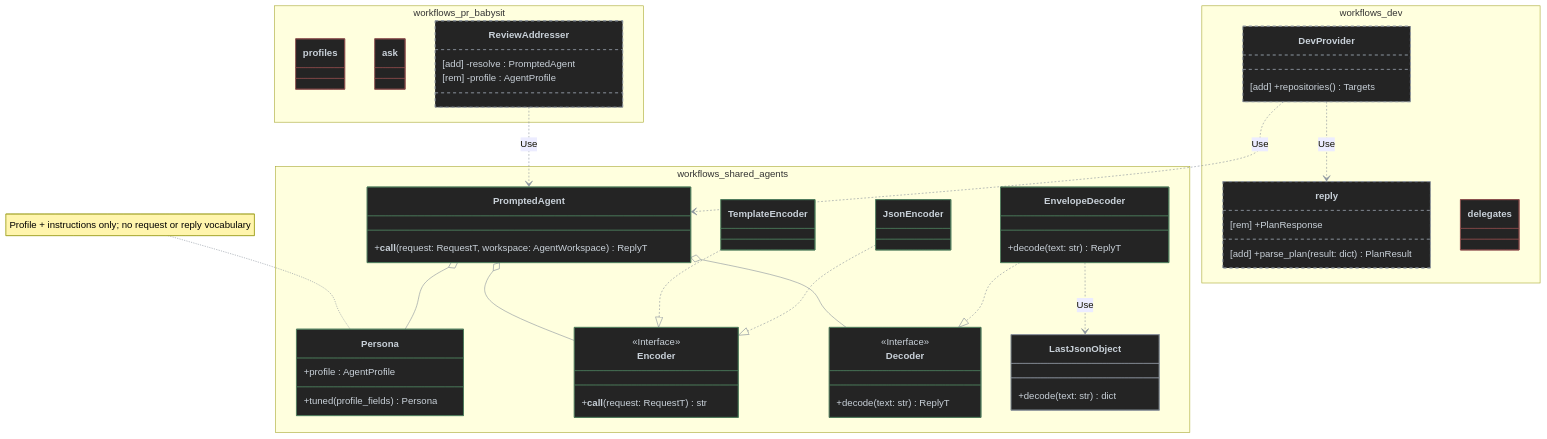
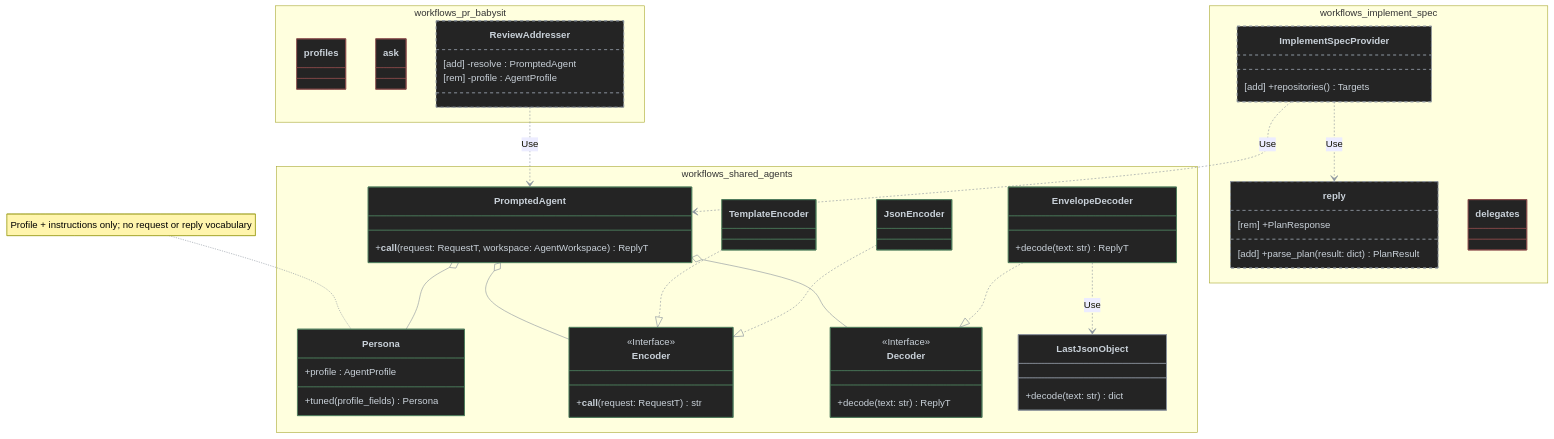
Before and after one commit to antshc/loop: the second of 5 diagrams in docs/design/cross-workflow-reusable-agents.md, drawn with Mermaid. The commit also changed other lines of this file and 121 other files, not shown here.

Commit message:
rename dev to implement spec

````diff
--- a/docs/design/cross-workflow-reusable-agents.md
+++ b/docs/design/cross-workflow-reusable-agents.md
@@ -349,80 +350,80 @@
 ```mermaid
 %%{init: {'themeVariables': {'lineColor': '#8b949e'}}}%%
 %% diagram-id: option-b-shared-agent-engine-delta
 classDiagram
     namespace workflows_shared_agents {
         class Persona {
             +profile : AgentProfile
             +tuned(profile_fields) Persona
         }
         class Encoder {
             <<Interface>>
             +__call__(request: RequestT) str
         }
         class Decoder {
             <<Interface>>
             +decode(text: str) ReplyT
         }
         class TemplateEncoder
         class JsonEncoder
         class EnvelopeDecoder {
             +decode(text: str) ReplyT
         }
         class PromptedAgent {
             +__call__(request: RequestT, workspace: AgentWorkspace) ReplyT
         }
         class LastJsonObject {
             +decode(text: str) dict
         }
     }
-    namespace workflows_dev {
-        class DevProvider {
+    namespace workflows_implement_spec {
+        class ImplementSpecProvider {
             [add] +repositories() Targets
         }
         class reply {
             [add] +parse_plan(result: dict) PlanResult
             [rem] +PlanResponse
         }
         class delegates
     }
     namespace workflows_pr_babysit {
         class profiles
         class ask
         class ReviewAddresser {
             [add] -resolve : PromptedAgent
             [rem] -profile : AgentProfile
         }
     }
 
     PromptedAgent o-- Persona
     PromptedAgent o-- Encoder
     PromptedAgent o-- Decoder
     TemplateEncoder ..|> Encoder
     JsonEncoder ..|> Encoder
     EnvelopeDecoder ..|> Decoder
     EnvelopeDecoder ..> LastJsonObject : Use
-    DevProvider ..> PromptedAgent : Use
-    DevProvider ..> reply : Use
+    ImplementSpecProvider ..> PromptedAgent : Use
+    ImplementSpecProvider ..> reply : Use
     ReviewAddresser ..> PromptedAgent : Use
 
     note for Persona "Profile + instructions only; no request or reply vocabulary"
 
     class Persona:::added
     class Encoder:::added
     class Decoder:::added
     class TemplateEncoder:::added
     class JsonEncoder:::added
     class EnvelopeDecoder:::added
     class PromptedAgent:::added
-    class DevProvider:::memberChanged
+    class ImplementSpecProvider:::memberChanged
     class reply:::memberChanged
     class ReviewAddresser:::memberChanged
     class delegates:::removed
     class profiles:::removed
     class ask:::removed
 
     classDef default fill:#242424,stroke:#8b949e,color:#c9d1d9,stroke-width:1px
     classDef added stroke:#4a7a5a,stroke-width:1px
     classDef removed stroke:#8a4a4a,stroke-width:1px
     classDef memberChanged stroke:#8b949e,stroke-width:1px,stroke-dasharray:5 5
 ```
````
